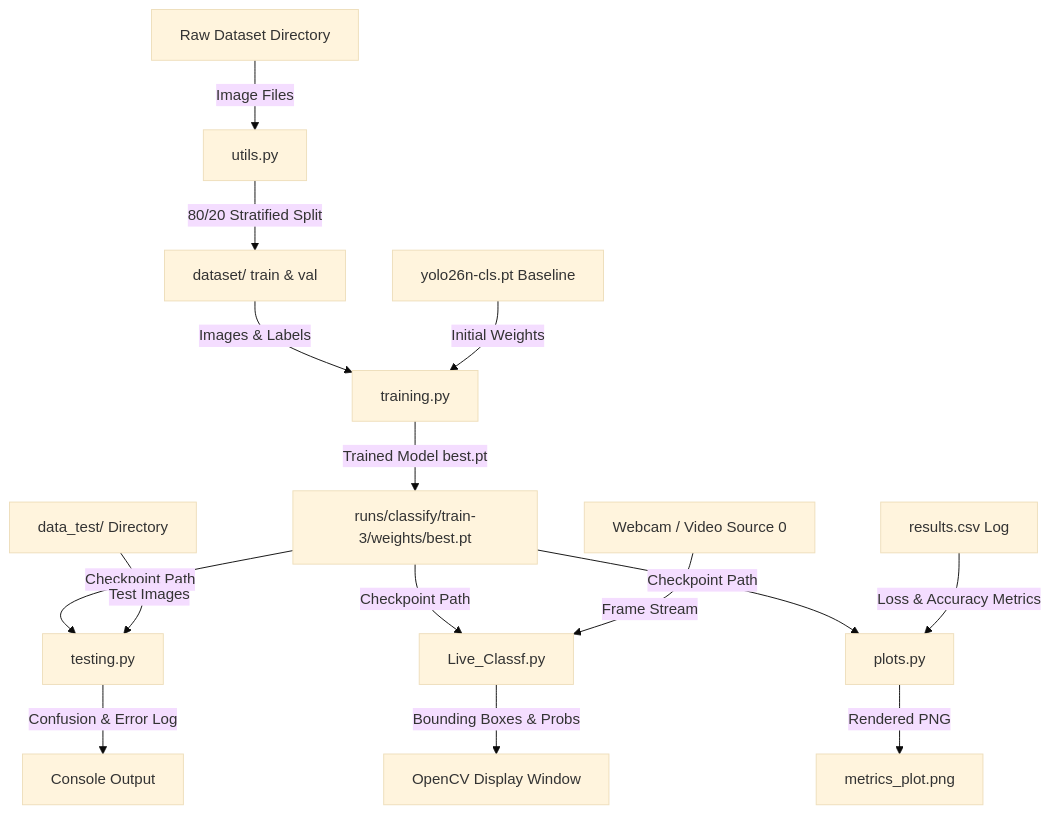
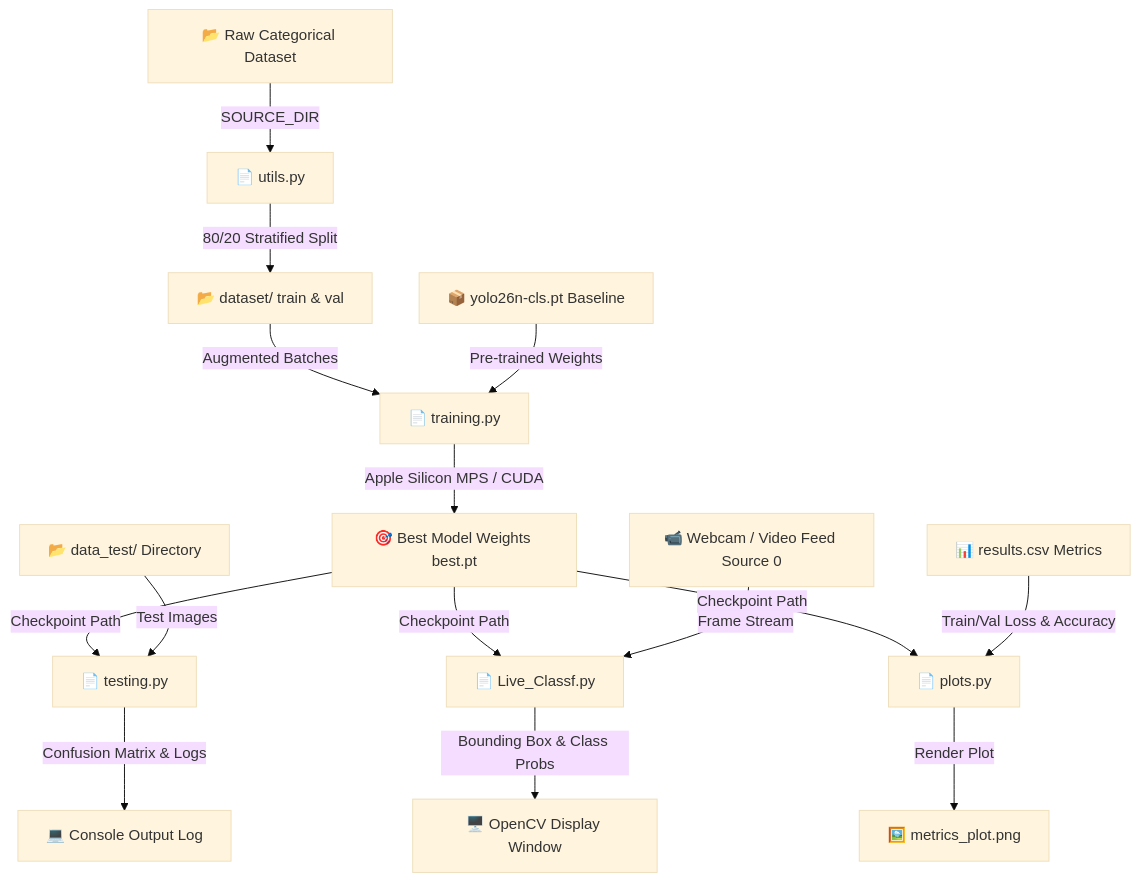
The diagram in README.md (Wissem-Sahli-Engineer/Recycling_Sorting_Computer_Vision_CNN), drawn with Mermaid (base theme) before and after one commit. The commit also changed other lines of this file, not shown here.

````diff
--- a/README.md
+++ b/README.md
@@ -7,17 +11,17 @@
 ```mermaid
 graph TD
-    A[Raw Dataset Directory] -->|Image Files| B[utils.py]
-    B -->|80/20 Stratified Split| C[dataset/ train & val]
-    C -->|Images & Labels| D[training.py]
-    E[yolo26n-cls.pt Baseline] -->|Initial Weights| D
-    D -->|Trained Model best.pt| F[runs/classify/train-3/weights/best.pt]
-    F -->|Checkpoint Path| G[testing.py]
-    F -->|Checkpoint Path| H[Live_Classf.py]
-    I[data_test/ Directory] -->|Test Images| G
-    G -->|Confusion & Error Log| J[Console Output]
-    F -->|Checkpoint Path| K[plots.py]
-    L[results.csv Log] -->|Loss & Accuracy Metrics| K
-    K -->|Rendered PNG| M[metrics_plot.png]
-    N[Webcam / Video Source 0] -->|Frame Stream| H
-    H -->|Bounding Boxes & Probs| O[OpenCV Display Window]
+    A[📂 Raw Categorical Dataset] -->|SOURCE_DIR| B[📄 utils.py]
+    B -->|80/20 Stratified Split| C[📂 dataset/ train & val]
+    C -->|Augmented Batches| D[📄 training.py]
+    E[📦 yolo26n-cls.pt Baseline] -->|Pre-trained Weights| D
+    D -->|Apple Silicon MPS / CUDA| F[🎯 Best Model Weights best.pt]
+    F -->|Checkpoint Path| G[📄 testing.py]
+    F -->|Checkpoint Path| H[📄 Live_Classf.py]
+    I[📂 data_test/ Directory] -->|Test Images| G
+    G -->|Confusion Matrix & Logs| J[💻 Console Output Log]
+    F -->|Checkpoint Path| K[📄 plots.py]
+    L[📊 results.csv Metrics] -->|Train/Val Loss & Accuracy| K
+    K -->|Render Plot| M[🖼️ metrics_plot.png]
+    N[📹 Webcam / Video Feed Source 0] -->|Frame Stream| H
+    H -->|Bounding Box & Class Probs| O[🖥️ OpenCV Display Window]
 ```
````
